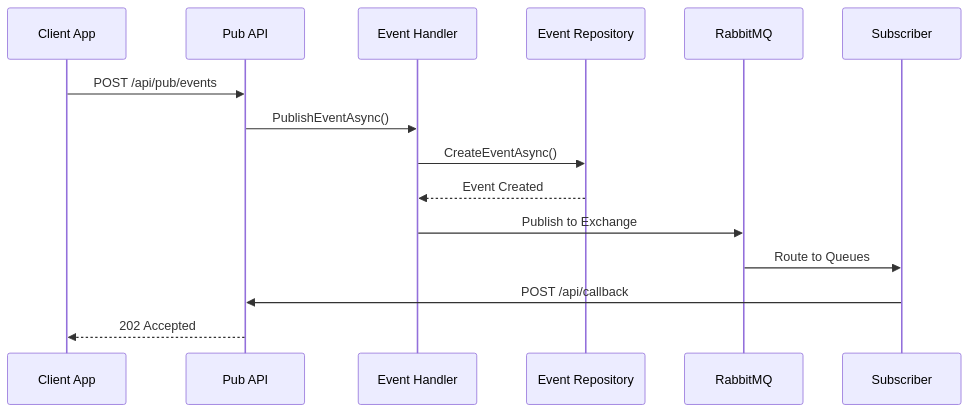
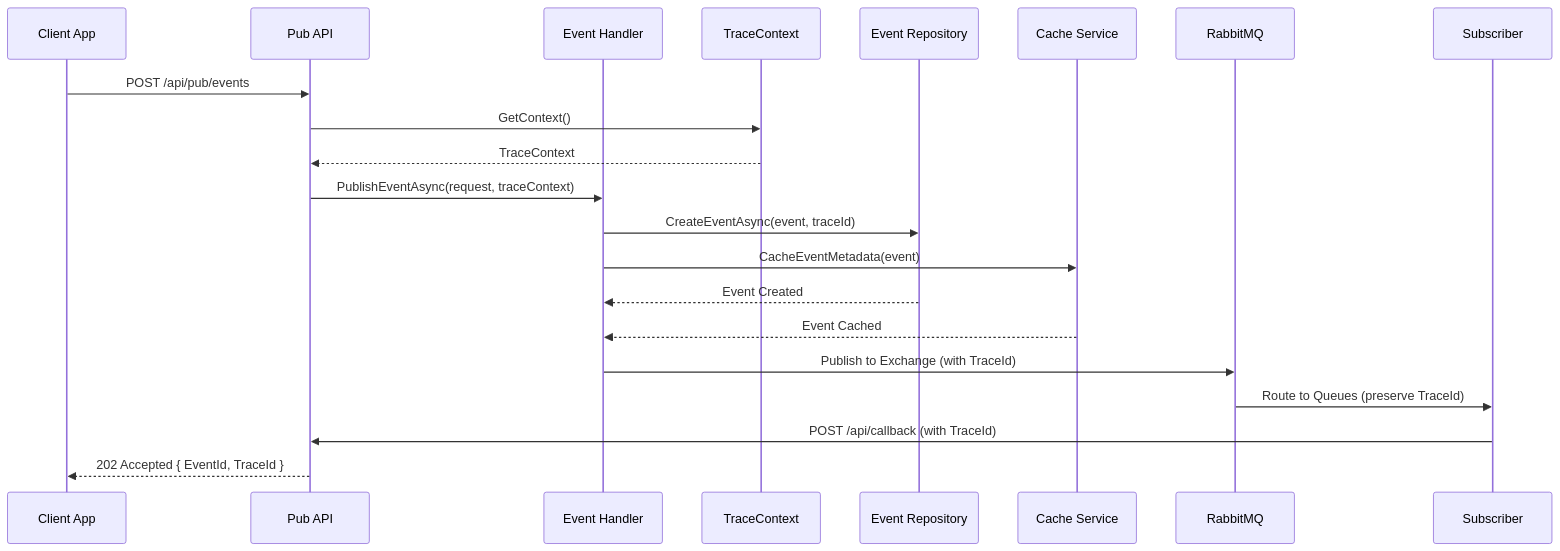
One commit to yaochangyu/eventbus-platform changed the third of 9 diagrams in .specs/design.md. Above: the diagram before and after it, drawn with Mermaid. The commit also changed other lines of this file and 1 other file, not shown here.

First line of the commit message:
📊 feat(design): 擴展 EventBus Platform 循序圖設計文檔

````diff
--- a/.specs/design.md
+++ b/.specs/design.md
@@ -233,18 +233,24 @@
 ```mermaid
 sequenceDiagram
     participant Client as Client App
     participant API as Pub API
     participant Handler as Event Handler
+    participant TraceCtx as TraceContext
     participant Repo as Event Repository
+    participant Cache as Cache Service
     participant Broker as RabbitMQ
     participant Sub as Subscriber
 
     Client->>API: POST /api/pub/events
-    API->>Handler: PublishEventAsync()
-    Handler->>Repo: CreateEventAsync()
+    API->>TraceCtx: GetContext()
+    TraceCtx-->>API: TraceContext
+    API->>Handler: PublishEventAsync(request, traceContext)
+    Handler->>Repo: CreateEventAsync(event, traceId)
+    Handler->>Cache: CacheEventMetadata(event)
     Repo-->>Handler: Event Created
-    Handler->>Broker: Publish to Exchange
-    Broker->>Sub: Route to Queues
-    Sub->>API: POST /api/callback
-    API-->>Client: 202 Accepted
+    Cache-->>Handler: Event Cached
+    Handler->>Broker: Publish to Exchange (with TraceId)
+    Broker->>Sub: Route to Queues (preserve TraceId)
+    Sub->>API: POST /api/callback (with TraceId)
+    API-->>Client: 202 Accepted { EventId, TraceId }
 ```
````
